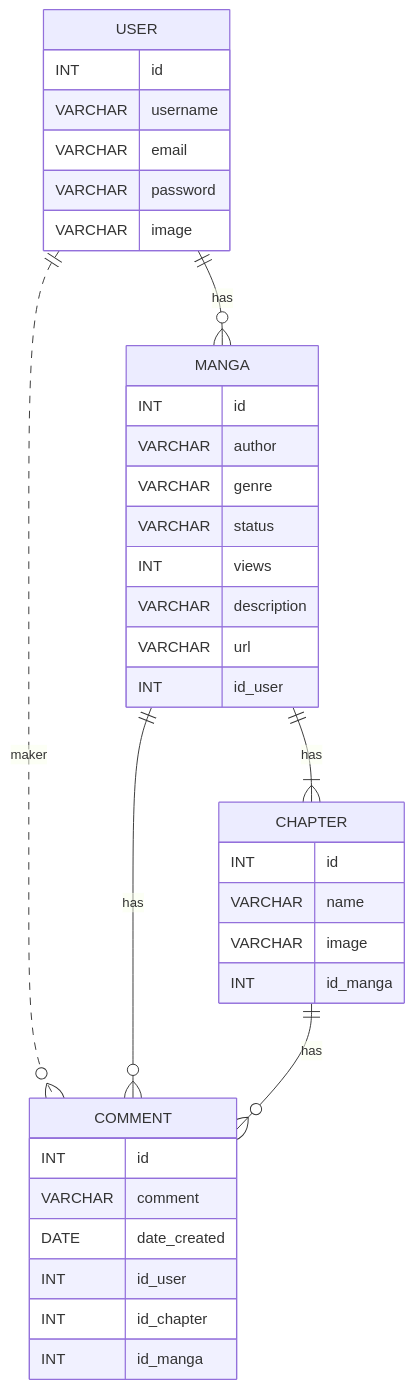
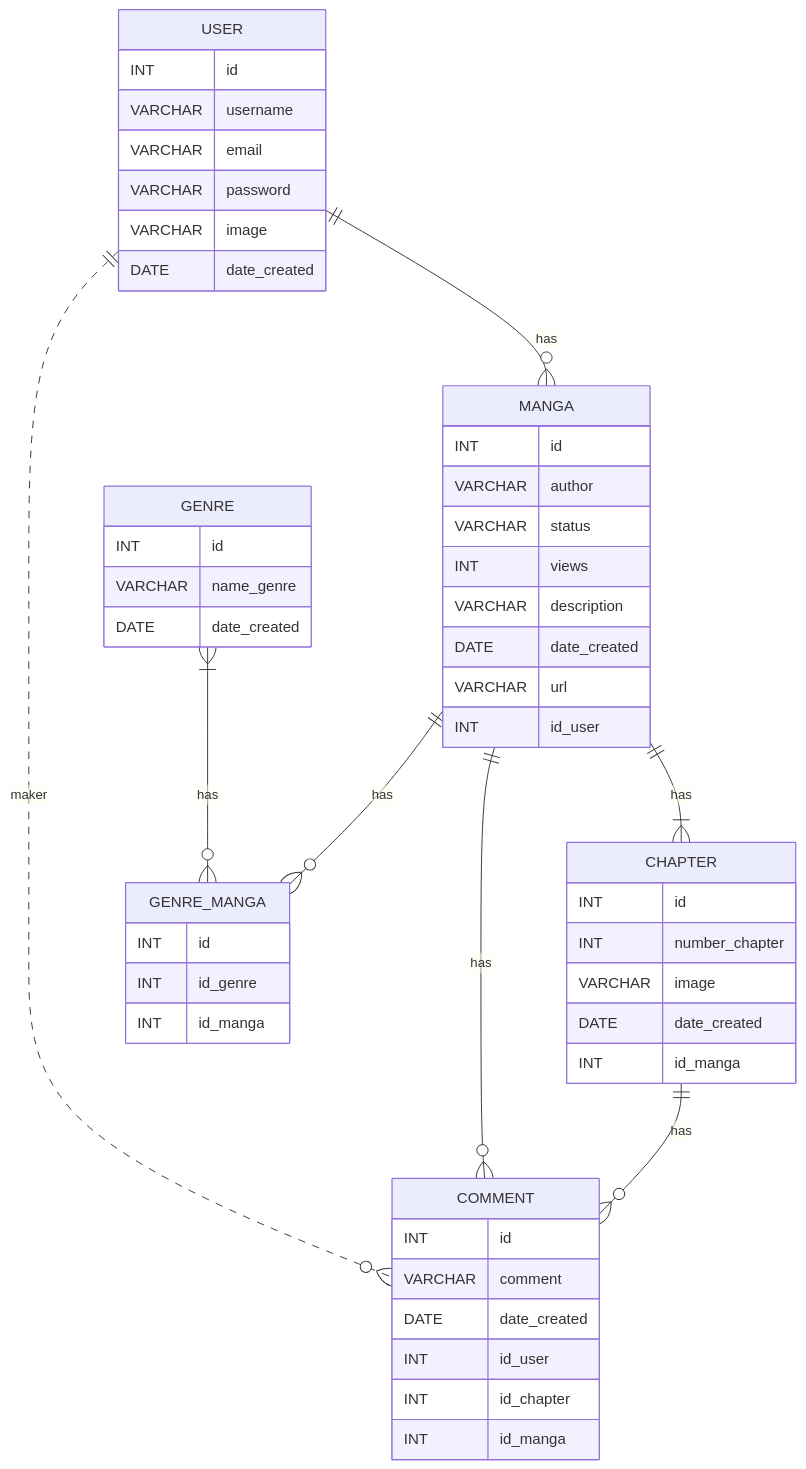
One commit to Space-Racoons/manga-zen changed the diagram in docs/doc-modelo.md. Above: the diagram before and after it, drawn with Mermaid.

Commit message:
docs: alterações doc-modelo #1

````diff
--- a/docs/doc-modelo.md
+++ b/docs/doc-modelo.md
@@ -5,43 +5,59 @@
 ```mermaid
 erDiagram
     USER ||..o{ COMMENT : maker
     USER ||--o{ MANGA : has
     MANGA ||--|{ CHAPTER : has
     MANGA ||--o{ COMMENT : has
     CHAPTER ||--o{ COMMENT : has
+    GENRE |{--o{ GENRE_MANGA: has
+    MANGA ||--o{ GENRE_MANGA : has
 
     USER {
         INT id
         VARCHAR  username
         VARCHAR  email
         VARCHAR  password
         VARCHAR  image
+        DATE date_created
     }
 
     COMMENT{
         INT id
         VARCHAR comment
         DATE date_created
         INT id_user
         INT id_chapter
         INT id_manga
     }
 
      MANGA{
         INT id
         VARCHAR  author
-        VARCHAR  genre
         VARCHAR  status
         INT      views
         VARCHAR  description
+        DATE date_created
         VARCHAR  url
         INT id_user
     }
 
     CHAPTER{
         INT id
-        VARCHAR  name
+        INT  number_chapter
         VARCHAR  image
+        DATE date_created
+        INT id_manga
+    }
+
+    GENRE{
+        INT id
+        VARCHAR name_genre
+        DATE date_created
+    }
+
+    GENRE_MANGA{
+        INT id
+        INT id_genre
         INT id_manga
     }
 ```
````
